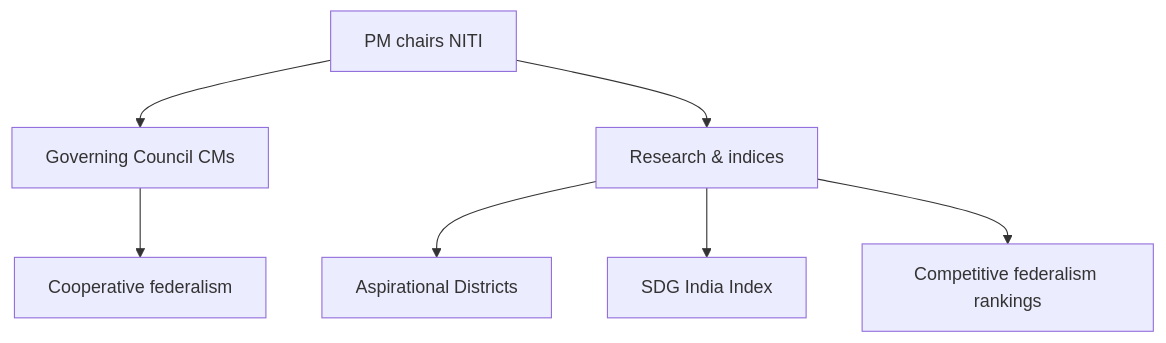
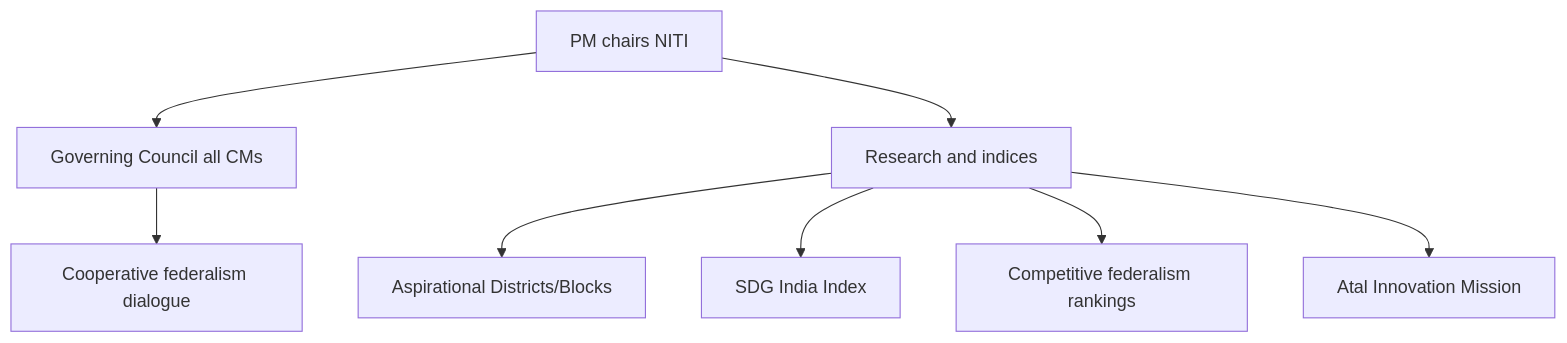
One commit to nitishpratap/UP-PCS changed the diagram in mains-pyqs/GS-2/Polity_Constitution/10_Statutory_Bodies_NITI.md. Above: the diagram before and after it, drawn with Mermaid. The commit also changed other lines of this file and 97 other files, not shown here.

````diff
--- a/mains-pyqs/GS-2/Polity_Constitution/10_Statutory_Bodies_NITI.md
+++ b/mains-pyqs/GS-2/Polity_Constitution/10_Statutory_Bodies_NITI.md
@@ -134,9 +128,10 @@
 ```mermaid
 flowchart TD
-  PM[PM chairs NITI] --> GC[Governing Council CMs]
-  PM --> R[Research & indices]
-  R --> ADP[Aspirational Districts]
+  PM[PM chairs NITI] --> GC[Governing Council all CMs]
+  PM --> R[Research and indices]
+  R --> ADP[Aspirational Districts/Blocks]
   R --> SDG[SDG India Index]
-  GC --> CF[Cooperative federalism]
+  GC --> CF[Cooperative federalism dialogue]
   R --> CF2[Competitive federalism rankings]
+  R --> AIM[Atal Innovation Mission]
 ```
````
